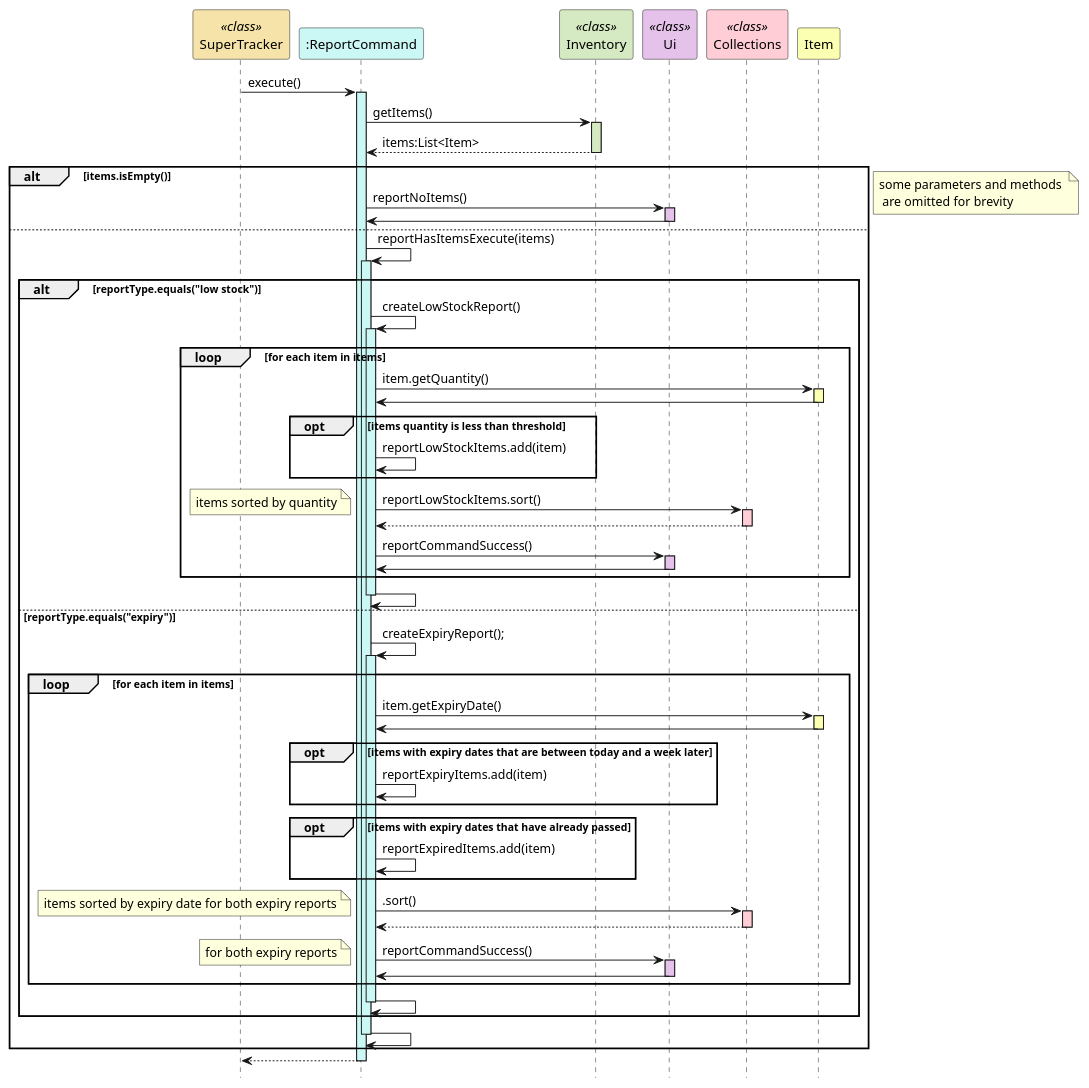
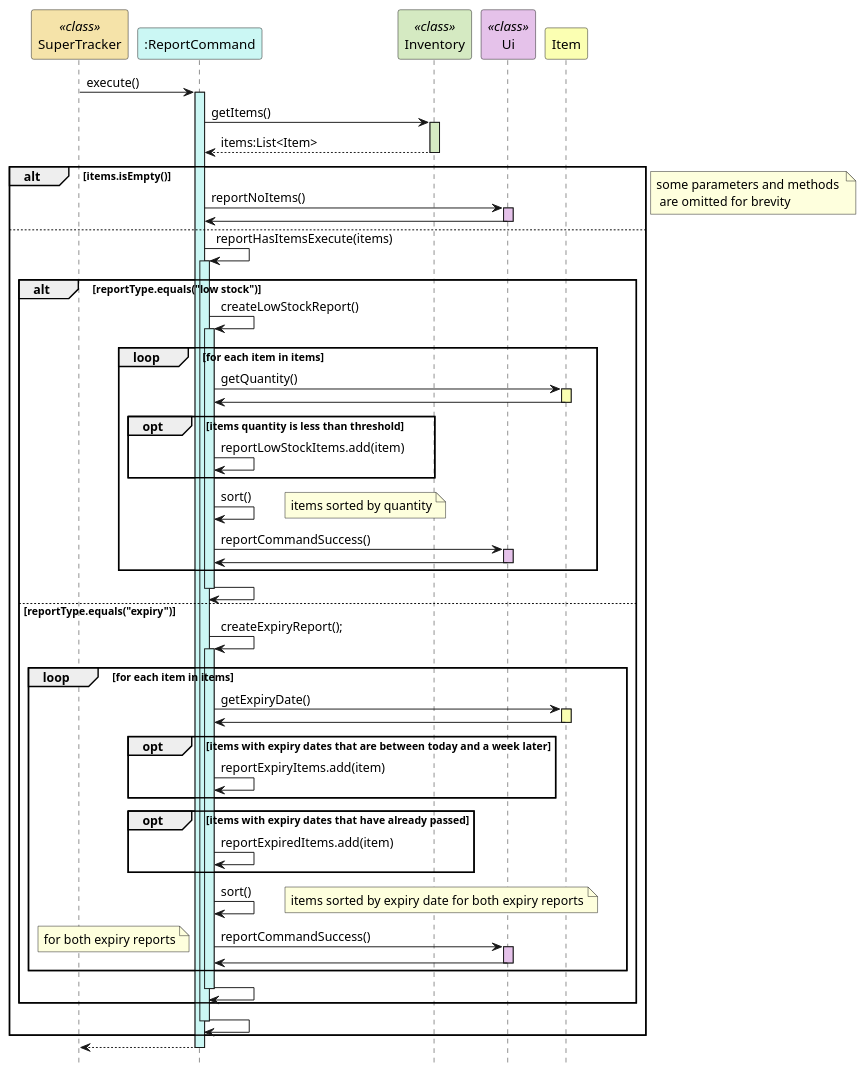
One commit to rismm/tp changed the second of 2 diagrams in docs/uml-diagrams/ReportCommand.puml. Above: the diagram before and after it, drawn with PlantUML. The commit also changed other lines of this file and 6 other files, not shown here.

```diff
--- a/docs/uml-diagrams/ReportCommand.puml
+++ b/docs/uml-diagrams/ReportCommand.puml
@@ -56,90 +59,83 @@
 @startuml
 hide footbox
 participant "SuperTracker" as SuperTracker <<class>> #f5e3a9
 participant ":ReportCommand" as ReportCommand #cbf7f4
 participant "Inventory" as Inventory <<class>> #d5eac2
 participant "Ui" as Ui <<class>> #e5c2ea
-participant "Collections" as Collections <<class>> #ffcdd6
 participant "Item" as Item #fbffb2
 
 SuperTracker -> ReportCommand : execute()
 activate ReportCommand #cbf7f4
 
 ReportCommand -> Inventory : getItems()
 activate Inventory #d5eac2
 Inventory --> ReportCommand : items:List<Item>
 deactivate Inventory
 
 alt items.isEmpty()
     ReportCommand -> Ui : reportNoItems()
     activate Ui #e5c2ea
     Ui -> ReportCommand
     deactivate Ui
 
 else
     ReportCommand -> ReportCommand : reportHasItemsExecute(items)
     activate ReportCommand #cbf7f4
     alt reportType.equals("low stock")
         ReportCommand -> ReportCommand : createLowStockReport()
         activate ReportCommand #cbf7f4
         loop for each item in items
-            ReportCommand -> Item: item.getQuantity()
+            ReportCommand -> Item : getQuantity()
             activate Item #fbffb2
             Item -> ReportCommand
             deactivate Item
             opt items quantity is less than threshold
-                ReportCommand -> ReportCommand: reportLowStockItems.add(item)
+                ReportCommand -> ReportCommand : reportLowStockItems.add(item)
             end
-            ReportCommand -> Collections : reportLowStockItems.sort()
-            note left : items sorted by quantity
-            activate Collections #ffcdd6
-            Collections --> ReportCommand
-            deactivate Collections
+            ReportCommand -> ReportCommand : sort()
+            note right : items sorted by quantity
             ReportCommand -> Ui : reportCommandSuccess()
             activate Ui #e5c2ea
             Ui -> ReportCommand
             deactivate Ui
         end
         ReportCommand -> ReportCommand
         deactivate ReportCommand
 
     else reportType.equals("expiry")
         ReportCommand -> ReportCommand : createExpiryReport();
         activate ReportCommand #cbf7f4
         loop for each item in items
-            ReportCommand -> Item: item.getExpiryDate()
+            ReportCommand -> Item : getExpiryDate()
             activate Item #fbffb2
             Item -> ReportCommand
             deactivate Item
             opt items with expiry dates that are between today and a week later
-                ReportCommand -> ReportCommand: reportExpiryItems.add(item)
+                ReportCommand -> ReportCommand : reportExpiryItems.add(item)
             end
             opt items with expiry dates that have already passed
-                ReportCommand -> ReportCommand: reportExpiredItems.add(item)
+                ReportCommand -> ReportCommand : reportExpiredItems.add(item)
             end
-            ReportCommand -> Collections : .sort()
-            note left : items sorted by expiry date for both expiry reports
-            activate Collections #ffcdd6
-            Collections --> ReportCommand
-            deactivate Collections
+            ReportCommand -> ReportCommand : sort()
+            note right : items sorted by expiry date for both expiry reports
             ReportCommand -> Ui : reportCommandSuccess()
             note left : for both expiry reports
             activate Ui #e5c2ea
             Ui -> ReportCommand
             deactivate Ui
         end
 
         ReportCommand -> ReportCommand
         deactivate ReportCommand
     end
 
     ReportCommand -> ReportCommand
     deactivate ReportCommand
 end
 
 note right : some parameters and methods \n are omitted for brevity
 
 ReportCommand --> SuperTracker
 deactivate ReportCommand
 
 @enduml
```
